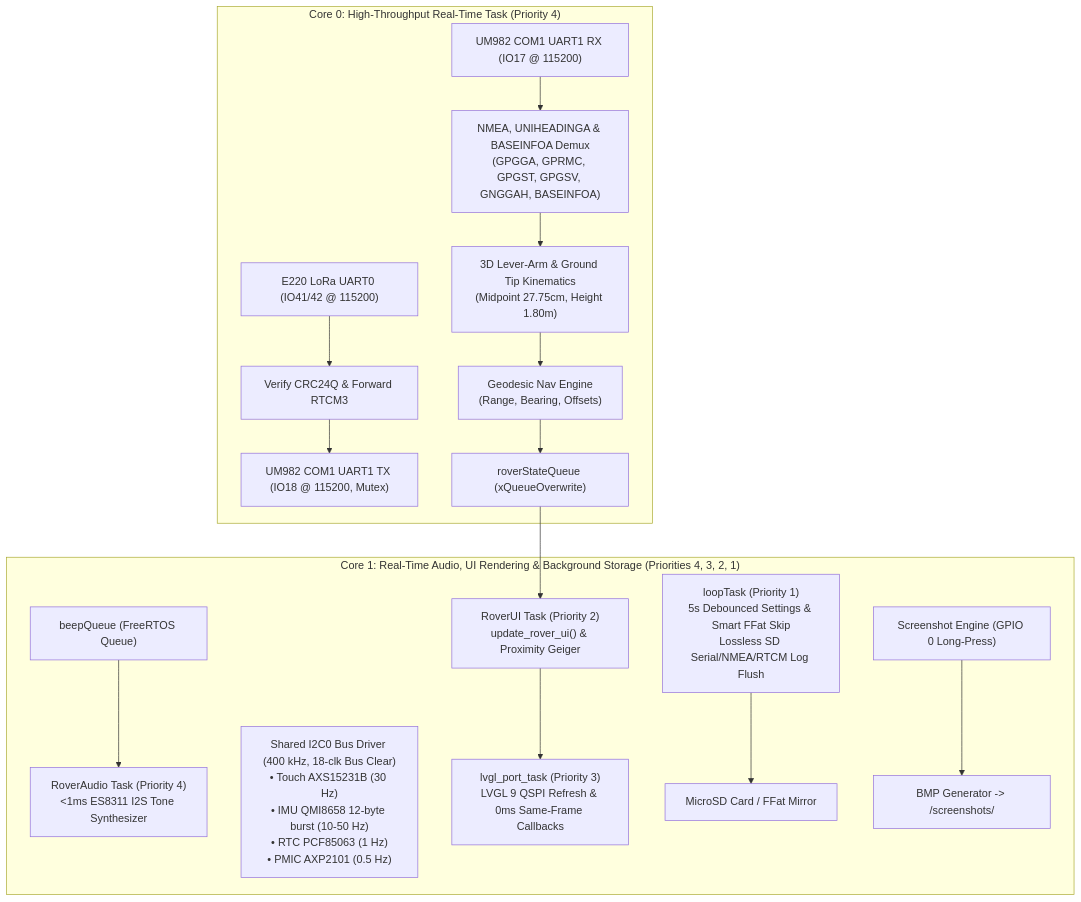
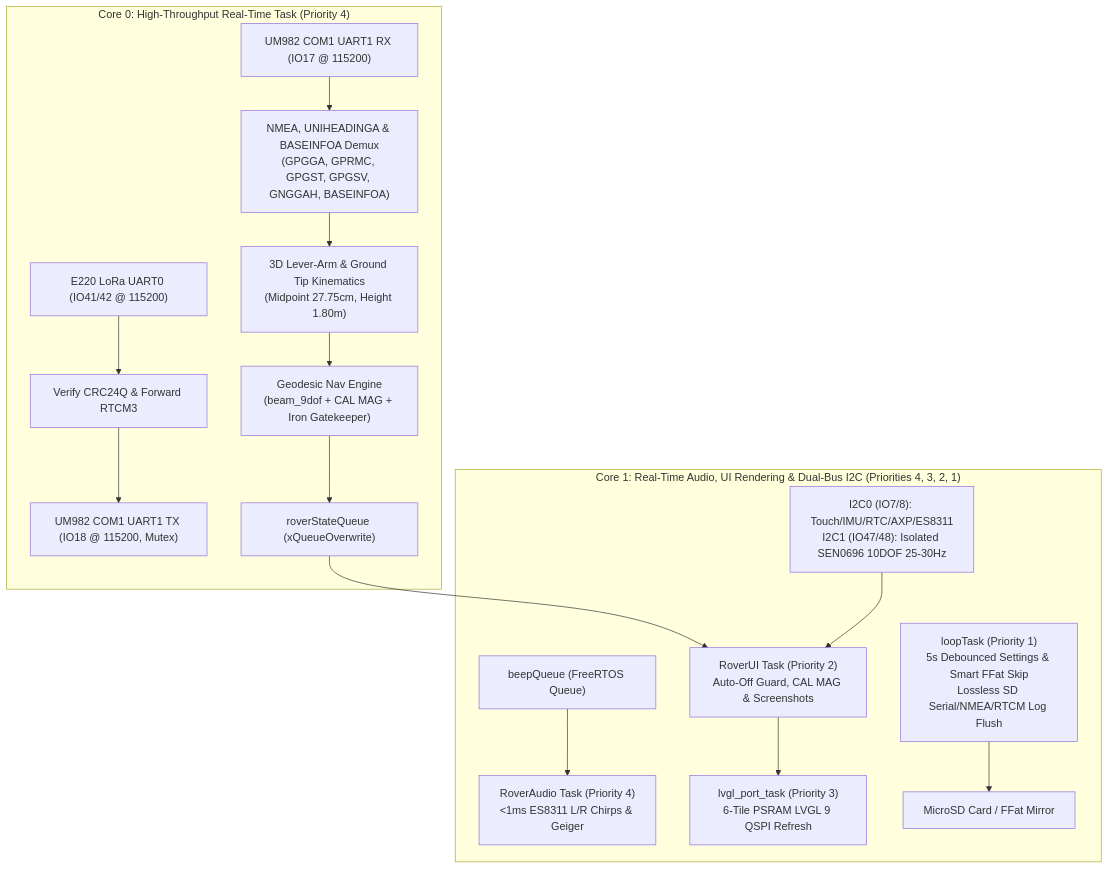
One commit to rguilmet/RTK-Rover changed the diagram in README.md. Above: the diagram before and after it, drawn with Mermaid. The commit also changed other lines of this file and 28 other files, not shown here.

Commit message:
v0.9.0: Plan 0 Phase 0.6 SEN0696 I2C1 GPIO 47/48 isolation, matrix_math/ahrs_9dof fusion, CAL MAG, and rev5 wiring sync

````diff
--- a/README.md
+++ b/README.md
@@ -170,20 +180,19 @@
 ```mermaid
 flowchart TD
     subgraph Core0["Core 0: High-Throughput Real-Time Task (Priority 4)"]
         E220_RX["E220 LoRa UART0 (IO41/42 @ 115200)"] --> RTCM_FWD["Verify CRC24Q & Forward RTCM3"]
         RTCM_FWD --> COM1_TX["UM982 COM1 UART1 TX (IO18 @ 115200, Mutex)"]
         COM1_RX["UM982 COM1 UART1 RX (IO17 @ 115200)"] --> NMEA_PARSE["NMEA, UNIHEADINGA & BASEINFOA Demux\n(GPGGA, GPRMC, GPGST, GPGSV, GNGGAH, BASEINFOA)"]
         NMEA_PARSE --> KINEMATICS["3D Lever-Arm & Ground Tip Kinematics\n(Midpoint 27.75cm, Height 1.80m)"]
-        KINEMATICS --> NAV_ENGINE["Geodesic Nav Engine\n(Range, Bearing, Offsets)"]
+        KINEMATICS --> NAV_ENGINE["Geodesic Nav Engine\n(beam_9dof + CAL MAG + Iron Gatekeeper)"]
         NAV_ENGINE --> QUEUE["roverStateQueue (xQueueOverwrite)"]
     end
 
-    subgraph Core1["Core 1: Real-Time Audio, UI Rendering & Background Storage (Priorities 4, 3, 2, 1)"]
-        AUDIO_QUEUE["beepQueue (FreeRTOS Queue)"] --> CODEC["RoverAudio Task (Priority 4)\n<1ms ES8311 I2S Tone Synthesizer"]
-        QUEUE --> UI_UPDATE["RoverUI Task (Priority 2)\nupdate_rover_ui() & Proximity Geiger"]
-        I2C_POLL["Shared I2C0 Bus Driver (400 kHz, 18-clk Bus Clear)\n• Touch AXS15231B (30 Hz)\n• IMU QMI8658 12-byte burst (10-50 Hz)\n• RTC PCF85063 (1 Hz)\n• PMIC AXP2101 (0.5 Hz)"]
-        UI_UPDATE --> LVGL["lvgl_port_task (Priority 3)\nLVGL 9 QSPI Refresh & 0ms Same-Frame Callbacks"]
+    subgraph Core1["Core 1: Real-Time Audio, UI Rendering & Dual-Bus I2C (Priorities 4, 3, 2, 1)"]
+        AUDIO_QUEUE["beepQueue (FreeRTOS Queue)"] --> CODEC["RoverAudio Task (Priority 4)\n<1ms ES8311 L/R Chirps & Geiger"]
+        QUEUE --> UI_UPDATE["RoverUI Task (Priority 2)\nAuto-Off Guard, CAL MAG & Screenshots"]
+        I2C_POLL["I2C0 (IO7/8): Touch/IMU/RTC/AXP/ES8311\nI2C1 (IO47/48): Isolated SEN0696 10DOF 25-30Hz"] --> UI_UPDATE
+        UI_UPDATE --> LVGL["lvgl_port_task (Priority 3)\n6-Tile PSRAM LVGL 9 QSPI Refresh"]
         SETTINGS["loopTask (Priority 1)\n5s Debounced Settings & Smart FFat Skip\nLossless SD Serial/NMEA/RTCM Log Flush"] --> STORAGE["MicroSD Card / FFat Mirror"]
-        SCREENSHOT["Screenshot Engine (GPIO 0 Long-Press)"] --> BMP_OUT["BMP Generator -> /screenshots/"]
     end
 ```
````
